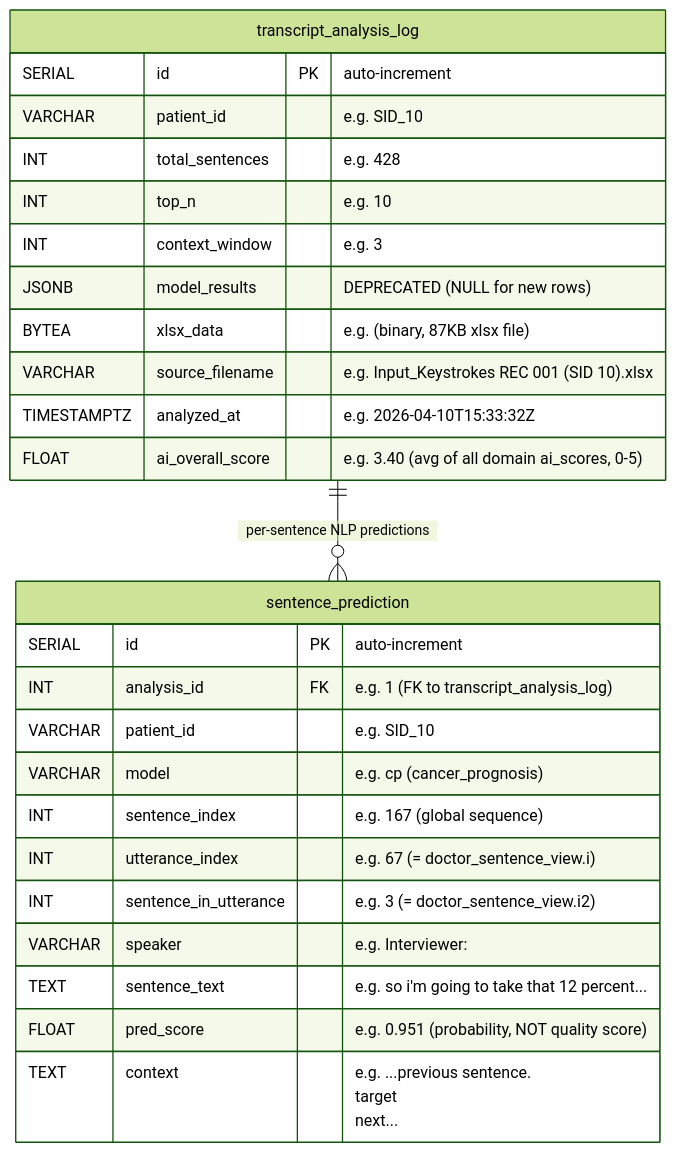
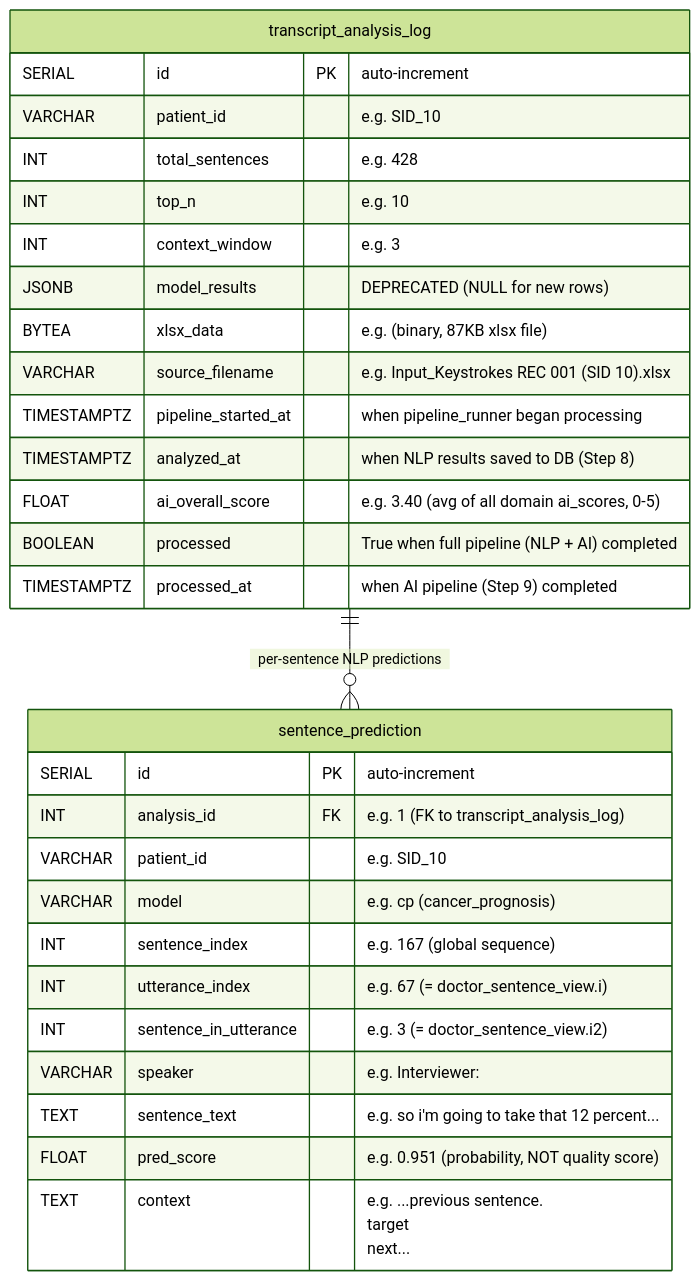
The third of 6 diagrams in app/Backend/patient_doctor_interface_erd_v3_en.md (HyunjunA/Prostate_cancer_consultation), drawn with Mermaid (forest theme) before and after one commit. The commit also changed 8 other files, not shown here.

First line of the commit message:
feat: add processed flag + pipeline timing to transcript_analysis_log

````diff
--- a/app/Backend/patient_doctor_interface_erd_v3_en.md
+++ b/app/Backend/patient_doctor_interface_erd_v3_en.md
@@ -78,31 +78,34 @@
 ```mermaid
 erDiagram
     transcript_analysis_log {
         SERIAL id PK "auto-increment"
         VARCHAR patient_id "e.g. SID_10"
         INT total_sentences "e.g. 428"
         INT top_n "e.g. 10"
         INT context_window "e.g. 3"
         JSONB model_results "DEPRECATED (NULL for new rows)"
         BYTEA xlsx_data "e.g. (binary, 87KB xlsx file)"
         VARCHAR source_filename "e.g. Input_Keystrokes REC 001 (SID 10).xlsx"
-        TIMESTAMPTZ analyzed_at "e.g. 2026-04-10T15:33:32Z"
+        TIMESTAMPTZ pipeline_started_at "when pipeline_runner began processing"
+        TIMESTAMPTZ analyzed_at "when NLP results saved to DB (Step 8)"
         FLOAT ai_overall_score "e.g. 3.40 (avg of all domain ai_scores, 0-5)"
+        BOOLEAN processed "True when full pipeline (NLP + AI) completed"
+        TIMESTAMPTZ processed_at "when AI pipeline (Step 9) completed"
     }
 
     sentence_prediction {
         SERIAL id PK "auto-increment"
         INT analysis_id FK "e.g. 1 (FK to transcript_analysis_log)"
         VARCHAR patient_id "e.g. SID_10"
         VARCHAR model "e.g. cp (cancer_prognosis)"
         INT sentence_index "e.g. 167 (global sequence)"
         INT utterance_index "e.g. 67 (= doctor_sentence_view.i)"
         INT sentence_in_utterance "e.g. 3 (= doctor_sentence_view.i2)"
         VARCHAR speaker "e.g. Interviewer:"
         TEXT sentence_text "e.g. so i'm going to take that 12 percent..."
         FLOAT pred_score "e.g. 0.951 (probability, NOT quality score)"
         TEXT context "e.g. ...previous sentence. <main>target</main> next..."
     }
 
     transcript_analysis_log ||--o{ sentence_prediction : "per-sentence NLP predictions"
 ```
````
